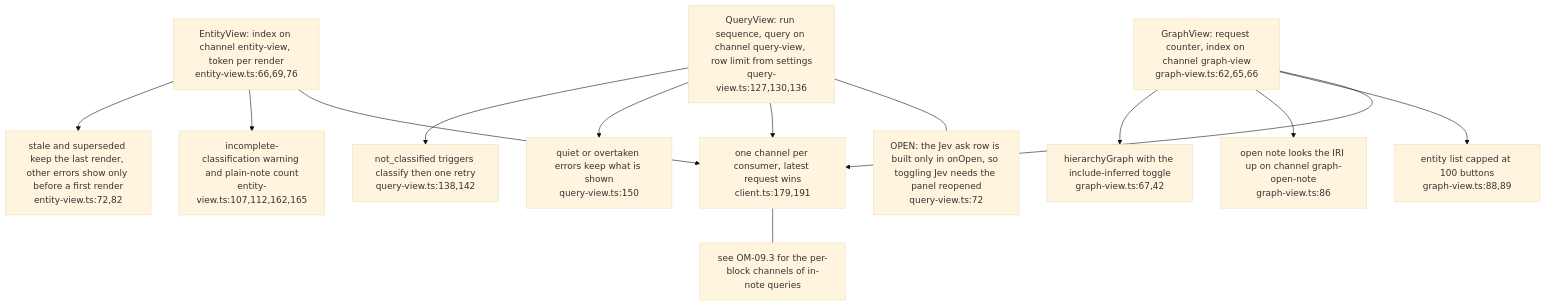
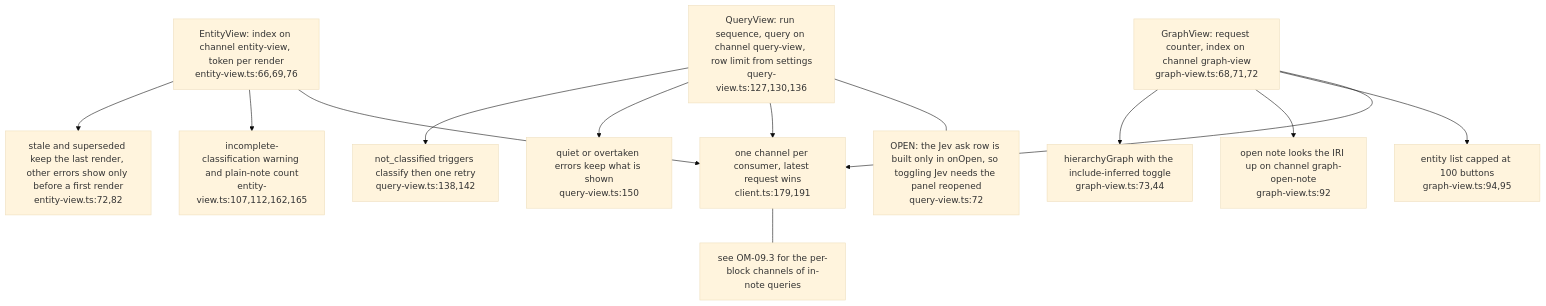
Before and after one commit to DreamLab-AI/VisionFlow: the third of 4 diagrams in docs/diagrams/ontomark-obsidian/02-commands-views-and-guarded-edits.md, drawn with Mermaid (base theme). The commit also changed other lines of this file and 20 other files, not shown here.

First line of the commit message:
docs(diagrams): ontomark and ontomark-obsidian re-verified (graph 0.4.0, plugin 0.6.0)

````diff
--- a/docs/diagrams/ontomark-obsidian/02-commands-views-and-guarded-edits.md
+++ b/docs/diagrams/ontomark-obsidian/02-commands-views-and-guarded-edits.md
@@ -85,28 +85,28 @@
 ```mermaid
 flowchart TD
     EV["EntityView: index on channel entity-view, token per render<br/>entity-view.ts:66,69,76"]
     EVK["stale and superseded keep the last render, other errors show only before a first render<br/>entity-view.ts:72,82"]
     EVW["incomplete-classification warning and plain-note count<br/>entity-view.ts:107,112,162,165"]
     QV["QueryView: run sequence, query on channel query-view, row limit from settings<br/>query-view.ts:127,130,136"]
     QVC["not_classified triggers classify then one retry<br/>query-view.ts:138,142"]
     QVQ["quiet or overtaken errors keep what is shown<br/>query-view.ts:150"]
-    GV["GraphView: request counter, index on channel graph-view<br/>graph-view.ts:62,65,66"]
-    GVH["hierarchyGraph with the include-inferred toggle<br/>graph-view.ts:67,42"]
-    GVO["open note looks the IRI up on channel graph-open-note<br/>graph-view.ts:86"]
-    GVL["entity list capped at 100 buttons<br/>graph-view.ts:88,89"]
+    GV["GraphView: request counter, index on channel graph-view<br/>graph-view.ts:68,71,72"]
+    GVH["hierarchyGraph with the include-inferred toggle<br/>graph-view.ts:73,44"]
+    GVO["open note looks the IRI up on channel graph-open-note<br/>graph-view.ts:92"]
+    GVL["entity list capped at 100 buttons<br/>graph-view.ts:94,95"]
     EV --> EVK
     EV --> EVW
     QV --> QVC
     QV --> QVQ
     GV --> GVH
     GV --> GVO
     GV --> GVL
     GUARD["one channel per consumer, latest request wins<br/>client.ts:179,191"]
     EV --> GUARD
     QV --> GUARD
     GV --> GUARD
     OPEN["OPEN: the Jev ask row is built only in onOpen, so toggling Jev needs the panel reopened<br/>query-view.ts:72"]
     QV --- OPEN
     NOTE["see OM-09.3 for the per-block channels of in-note queries"]
     GUARD --- NOTE
 ```
````
